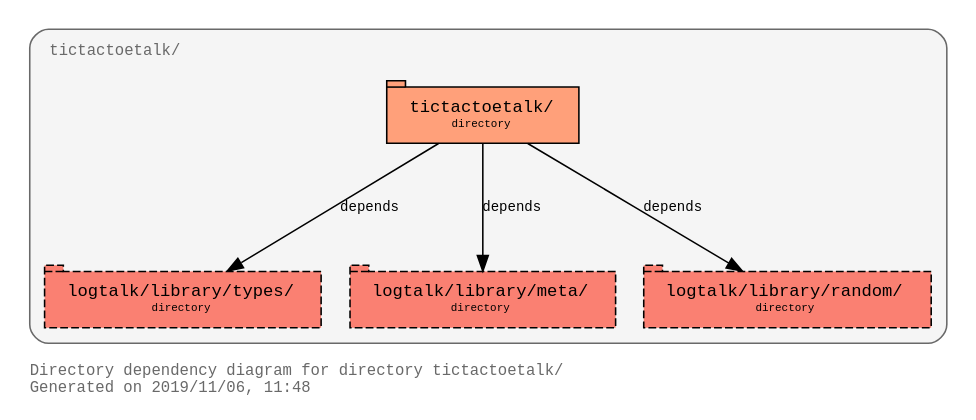
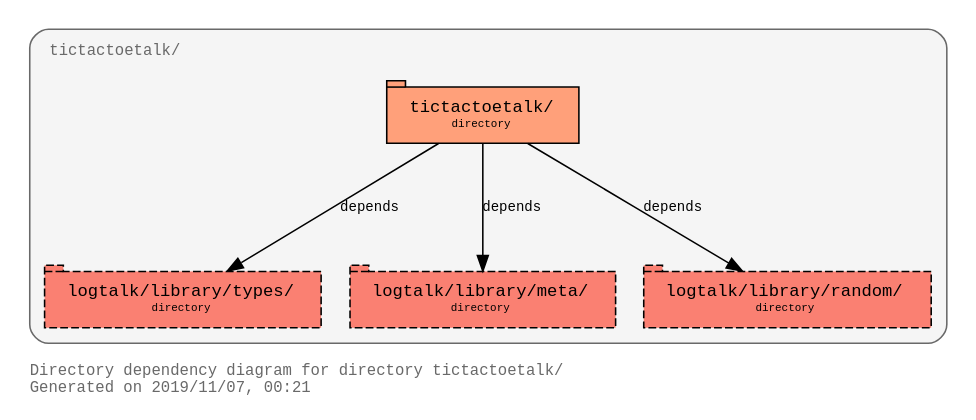
One commit to PaulBrownMagic/TicTacToeTalk changed the diagram in design/tictactoetalk_directory_dependency_diagram.dot. Above: the diagram before and after it, drawn with Graphviz. The commit also changed 15 other files, not shown here.

Commit message:
Updated graphviz diagrams

```diff
--- a/design/tictactoetalk_directory_dependency_diagram.dot
+++ b/design/tictactoetalk_directory_dependency_diagram.dot
@@ -1,33 +1,33 @@
 digraph "tictactoetalk" {
 rankdir="TB"
 ranksep="1.0"
 compound="true"
 splines="true"
 pack="true"
 clusterrank="local"
 labeljust="l"
 margin="1.0"
 fontname="Courier"
 fontsize="10"
 fontcolor="dimgray"
 pencolor="dimgray"
 node [shape="ellipse",style="filled",fillcolor="white",fontname="Courier",fontsize="9"]
 edge [fontname="Courier",fontsize="9"]
-label="Directory dependency diagram for directory tictactoetalk/\lGenerated on 2019/11/06, 11:48\l"
+label="Directory dependency diagram for directory tictactoetalk/\lGenerated on 2019/11/07, 00:21\l"
 
 subgraph "cluster_directory_tictactoetalk" {
 bgcolor="whitesmoke"
 style="rounded"
 margin="10"
 label=<<TABLE border="0" cellborder="0"><TR><TD tooltip="tictactoetalk/">tictactoetalk/</TD></TR></TABLE>>
 tooltip="tictactoetalk/"
 "/home/paul/Development/tictactoetalk/" [shape="tab",tooltip="tictactoetalk/",style="filled",fillcolor="lightsalmon",label=<<TABLE border="0" cellborder="0" cellspacing="0" cellpadding="0"><TR><TD> </TD><TD><FONT POINT-SIZE="11">tictactoetalk/</FONT></TD><TD> </TD></TR><TR><TD> </TD><TD><FONT POINT-SIZE="7">directory</FONT></TD><TD> </TD></TR></TABLE>>]
 "/home/paul/logtalk/library/types/" [shape="tab",tooltip="logtalk/library/types/",style="filled,dashed",fillcolor="salmon",label=<<TABLE border="0" cellborder="0" cellspacing="0" cellpadding="0"><TR><TD> </TD><TD><FONT POINT-SIZE="11">logtalk/library/types/</FONT></TD><TD> </TD></TR><TR><TD> </TD><TD><FONT POINT-SIZE="7">directory</FONT></TD><TD> </TD></TR></TABLE>>]
 "/home/paul/logtalk/library/meta/" [shape="tab",tooltip="logtalk/library/meta/",style="filled,dashed",fillcolor="salmon",label=<<TABLE border="0" cellborder="0" cellspacing="0" cellpadding="0"><TR><TD> </TD><TD><FONT POINT-SIZE="11">logtalk/library/meta/</FONT></TD><TD> </TD></TR><TR><TD> </TD><TD><FONT POINT-SIZE="7">directory</FONT></TD><TD> </TD></TR></TABLE>>]
 "/home/paul/logtalk/library/random/" [shape="tab",tooltip="logtalk/library/random/",style="filled,dashed",fillcolor="salmon",label=<<TABLE border="0" cellborder="0" cellspacing="0" cellpadding="0"><TR><TD> </TD><TD><FONT POINT-SIZE="11">logtalk/library/random/</FONT></TD><TD> </TD></TR><TR><TD> </TD><TD><FONT POINT-SIZE="7">directory</FONT></TD><TD> </TD></TR></TABLE>>]
 "/home/paul/Development/tictactoetalk/" -> "/home/paul/logtalk/library/types/" [arrowhead="normal",labeltooltip="depends",label=<depends>]
 "/home/paul/Development/tictactoetalk/" -> "/home/paul/logtalk/library/meta/" [arrowhead="normal",labeltooltip="depends",label=<depends>]
 "/home/paul/Development/tictactoetalk/" -> "/home/paul/logtalk/library/random/" [arrowhead="normal",labeltooltip="depends",label=<depends>]
 }
 
 }
```
